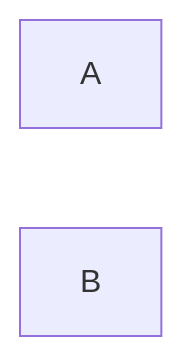
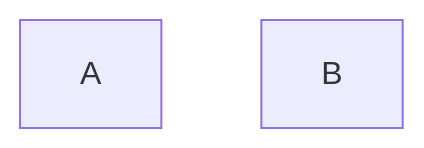
The diagram in Modelli operazionali/Automa a stati finiti.md (ErenKyojin/API-polimi), drawn with Mermaid before and after one commit. The commit also changed other lines of this file and 3 other files, not shown here.

````diff
--- a/Modelli operazionali/Automa a stati finiti.md
+++ b/Modelli operazionali/Automa a stati finiti.md
@@ -5,6 +5,6 @@
 ```mermaid
-graph LR
+graph TB
 	A
 	B
 	
 ```
````
